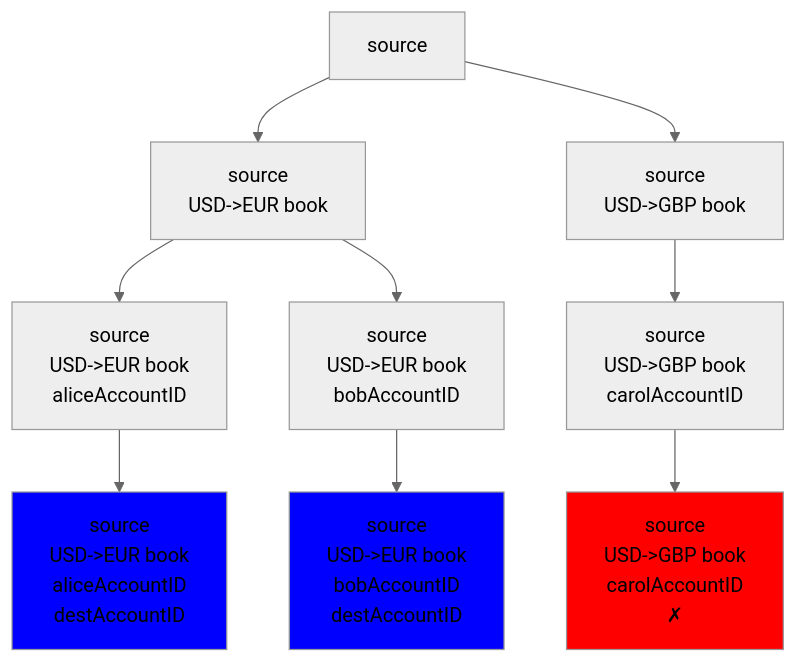
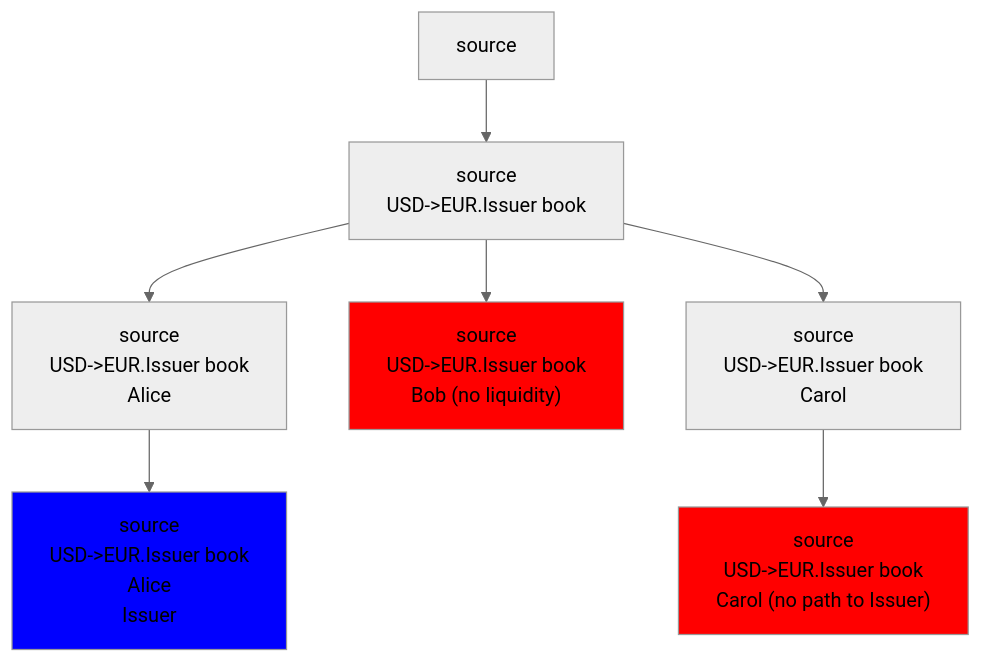
Before and after one commit to commonprefix/payment-system-docs: the third of 4 diagrams in docs/path_finding/README.md, drawn with Mermaid (neutral theme). The commit also changed other lines of this file and 7 other files, not shown here.

````diff
--- a/docs/path_finding/README.md
+++ b/docs/path_finding/README.md
@@ -627,18 +630,16 @@
 ```mermaid
 graph TD
-    Start["source"] --> Book1["source<br/>USD->EUR book"]
-    Start --> Book2["source<br/>USD->GBP book"]
+    Start["source"] --> Book1["source<br/>USD->EUR.Issuer book"]
 
-    Book1 --> Acct1["source<br/>USD->EUR book<br/>aliceAccountID"]
-    Book1 --> Acct2["source<br/>USD->EUR book<br/>bobAccountID"]
+    Book1 --> Acct1["source<br/>USD->EUR.Issuer book<br/>Alice"]
+    Book1 --> Filtered1["source<br/>USD->EUR.Issuer book<br/>Bob (no liquidity)"]
+    Book1 --> Acct3["source<br/>USD->EUR.Issuer book<br/>Carol"]
 
-    Book2 --> Acct3["source<br/>USD->GBP book<br/>carolAccountID"]
+    Acct1 --> Complete1["source<br/>USD->EUR.Issuer book<br/>Alice<br/>Issuer"]
 
-    Acct1 --> Complete1["source<br/>USD->EUR book<br/>aliceAccountID<br/>destAccountID"]
-    Acct2 --> Complete2["source<br/>USD->EUR book<br/>bobAccountID<br/>destAccountID"]
-    Acct3 --> Filtered["source<br/>USD->GBP book<br/>carolAccountID<br/>✗"]
+    Acct3 --> Filtered2["source<br/>USD->EUR.Issuer book<br/>Carol (no path to Issuer)"]
 
     style Complete1 fill:blue
-    style Complete2 fill:blue
-    style Filtered fill:red
+    style Filtered1 fill:red
+    style Filtered2 fill:red
 ```
````
